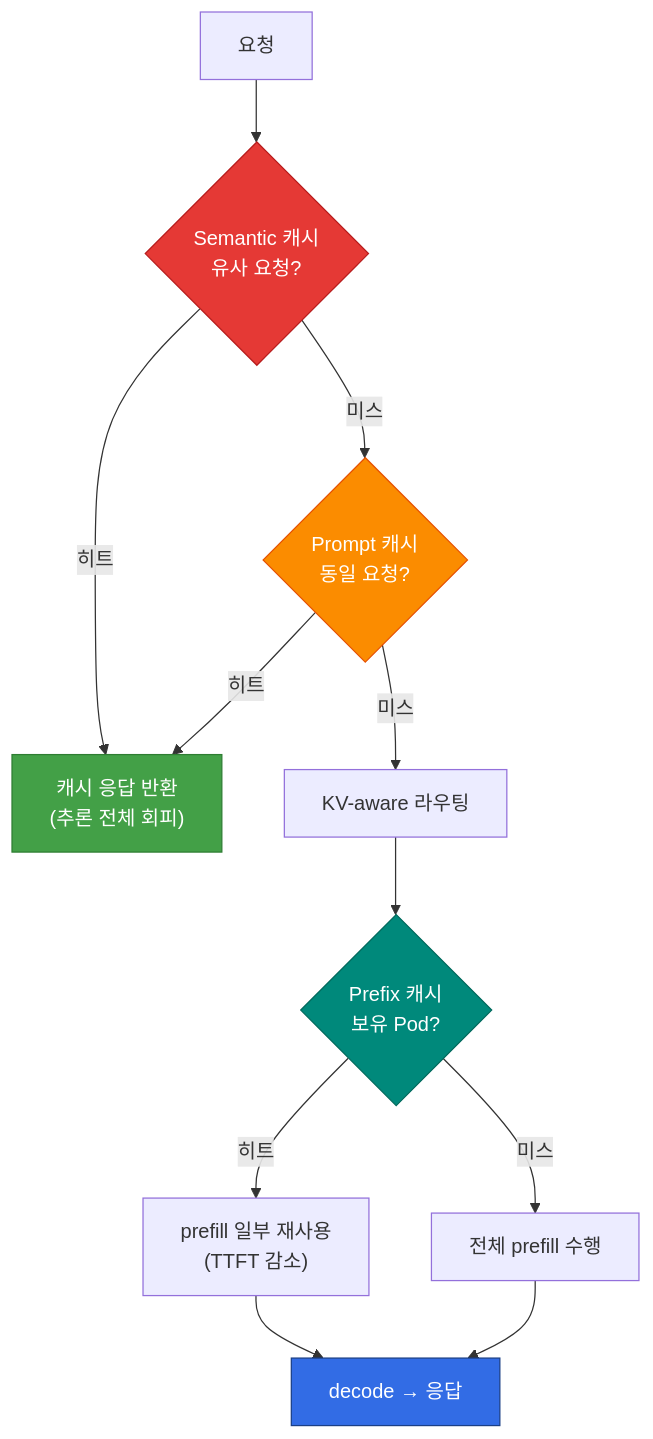
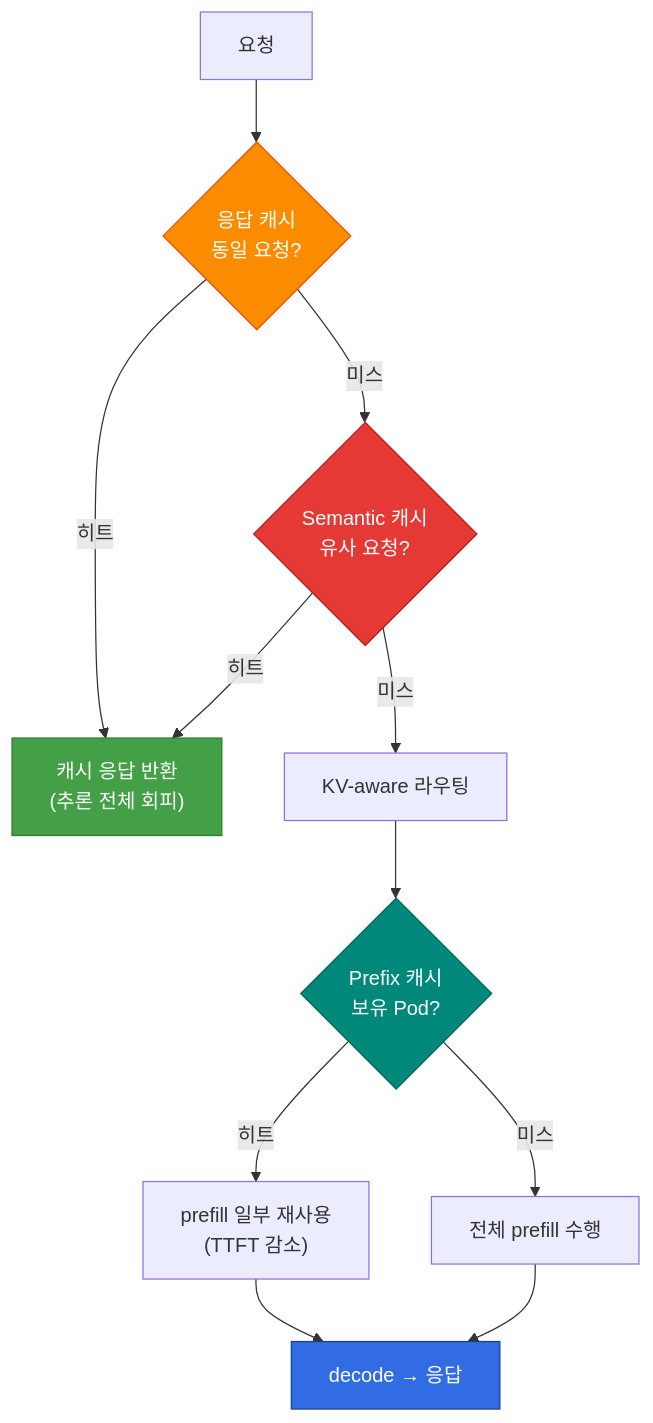
One commit to devfloor9/engineering-playbook changed the diagram in i18n/ko/docusaurus-plugin-content-docs/current/agentic-ai-platform/model-serving/inference-optimization/cache-hit-strategy.md. Above: the diagram before and after it, drawn with Mermaid. The commit also changed other lines of this file and 37 other files, not shown here.

````diff
--- a/i18n/ko/docusaurus-plugin-content-docs/current/agentic-ai-platform/model-serving/inference-optimization/cache-hit-strategy.md
+++ b/i18n/ko/docusaurus-plugin-content-docs/current/agentic-ai-platform/model-serving/inference-optimization/cache-hit-strategy.md
@@ -40,19 +44,19 @@
 ```mermaid
 flowchart TB
-    REQ["요청"] --> SEM{"Semantic 캐시<br/>유사 요청?"}
-    SEM -->|히트| RESP["캐시 응답 반환<br/>(추론 전체 회피)"]
-    SEM -->|미스| PROMPT{"Prompt 캐시<br/>동일 요청?"}
-    PROMPT -->|히트| RESP
-    PROMPT -->|미스| ROUTE["KV-aware 라우팅"]
+    REQ["요청"] --> PROMPT{"응답 캐시<br/>동일 요청?"}
+    PROMPT -->|히트| RESP["캐시 응답 반환<br/>(추론 전체 회피)"]
+    PROMPT -->|미스| SEM{"Semantic 캐시<br/>유사 요청?"}
+    SEM -->|히트| RESP
+    SEM -->|미스| ROUTE["KV-aware 라우팅"]
     ROUTE --> KV{"Prefix 캐시<br/>보유 Pod?"}
     KV -->|히트| PARTIAL["prefill 일부 재사용<br/>(TTFT 감소)"]
     KV -->|미스| FULL["전체 prefill 수행"]
     PARTIAL --> DECODE["decode → 응답"]
     FULL --> DECODE
 
+    style PROMPT fill:#fb8c00,stroke:#e65100,color:#fff
     style SEM fill:#e53935,stroke:#b71c1c,color:#fff
-    style PROMPT fill:#fb8c00,stroke:#e65100,color:#fff
     style KV fill:#00897b,stroke:#00695c,color:#fff
     style RESP fill:#43a047,stroke:#2e7d32,color:#fff
     style DECODE fill:#326ce5,stroke:#1a3f87,color:#fff
 ```
````
